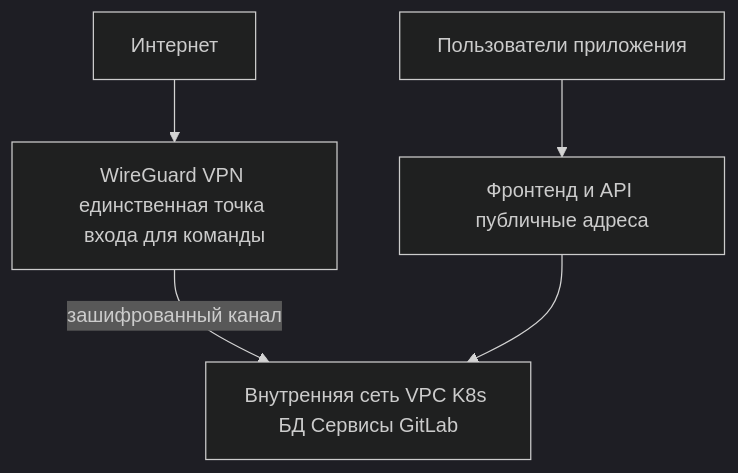
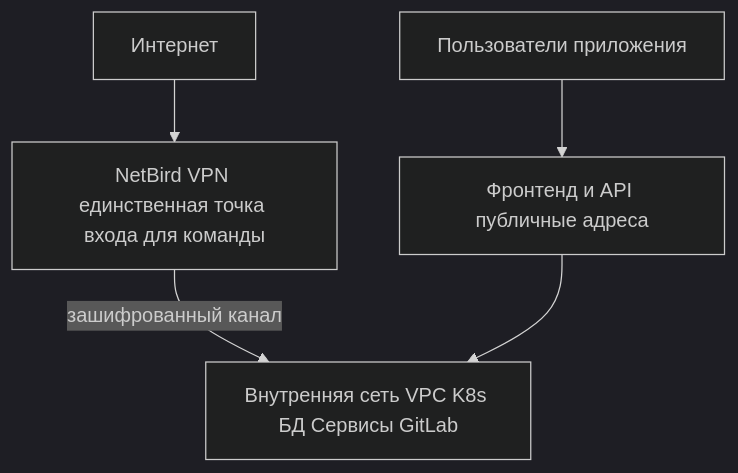
The second of 8 diagrams in infrastructure-description.md (toptyginnn/yandex_cloud_example), drawn with Mermaid (dark theme) before and after one commit. The commit also changed other lines of this file and 9 other files, not shown here.

Commit message:
replace WireGuard with NetBird, add architecture diagram

````diff
--- a/infrastructure-description.md
+++ b/infrastructure-description.md
@@ -34,13 +34,13 @@
 ```mermaid
 graph TD
     Internet[Интернет]
-    VPN[WireGuard VPN единственная точка входа для команды]
+    VPN[NetBird VPN единственная точка входа для команды]
     Internal[Внутренняя сеть VPC K8s БД Сервисы GitLab]
     Users[Пользователи приложения]
     Frontend[Фронтенд и API публичные адреса]
 
     Internet --> VPN
     VPN -->|зашифрованный канал| Internal
     Users --> Frontend
     Frontend --> Internal
 ```
````
